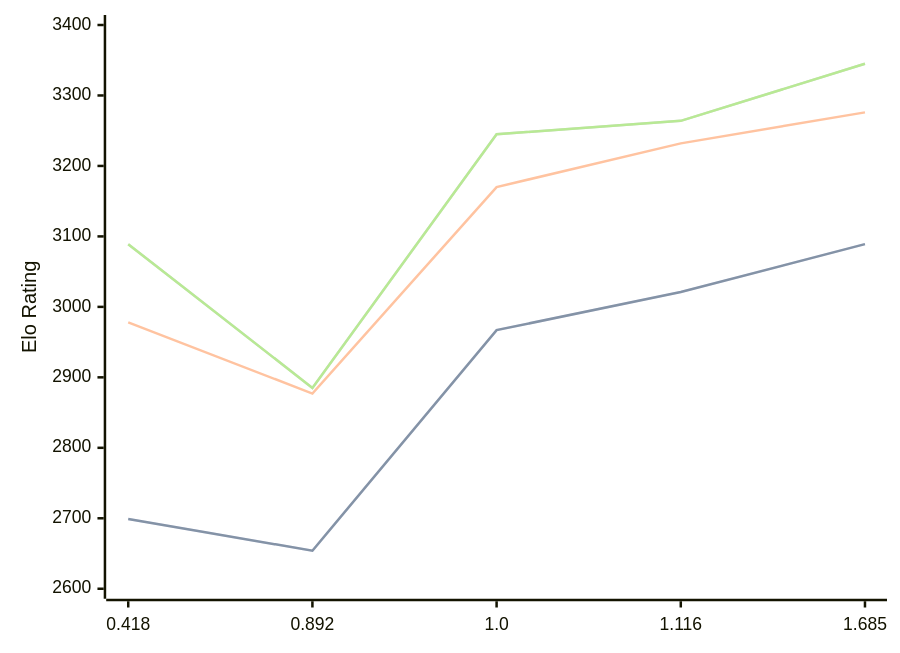
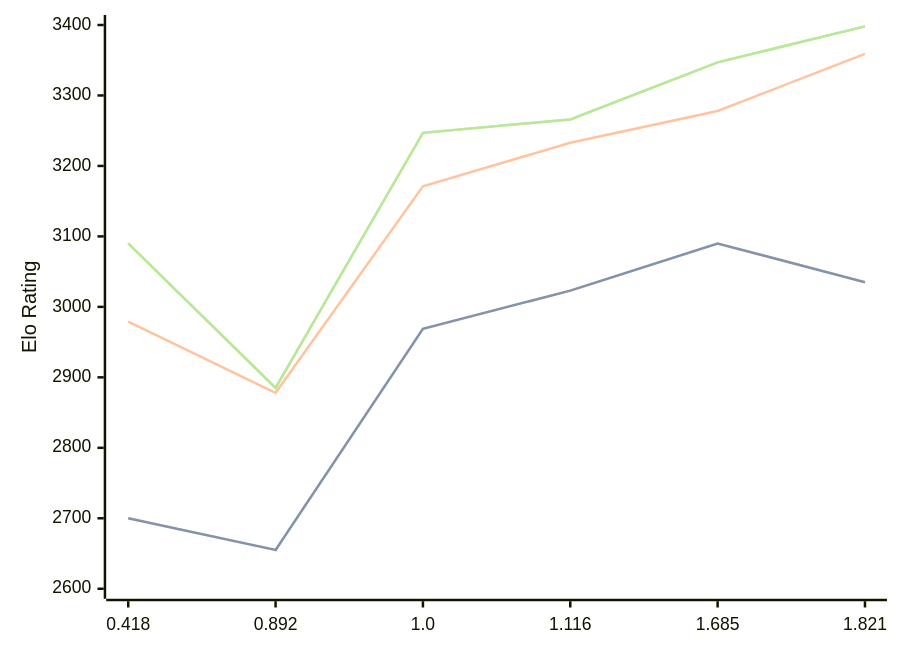
One commit to computer-chess-index/cci changed the diagram in engines/Malika.md. Above: the diagram before and after it, drawn with Mermaid. The commit also changed other lines of this file, not shown here.

Commit message:
Update CCI Ratings (ELO VLTC) - 2026-08-15

````diff
--- a/engines/Malika.md
+++ b/engines/Malika.md
@@ -35,11 +36,11 @@
 ```mermaid
 %%{init: {"theme":"base","themeVariables":{"seriesColors:['#a3a3a3','#222221','#faa371']}}}%%
 xychart-beta
-  x-axis ["0.418", "0.892", "1.0", "1.116", "1.685"]
+  x-axis ["0.418", "0.892", "1.0", "1.116", "1.685", "1.821"]
   y-axis "Elo Rating" 2600 --> 3400
-  line "STC (8.0+0.08s)" [2699, 2654, 2967, 3021, 3089]
-  line "STC (8.0+0.08s)" [2699, 2654, 2967, 3021, 3089]
-  line "LTC (60.0+0.60s)" [2978, 2877, 3170, 3232, 3276]
-  line "VLTC (2m24s+1.12s)" [3089, 2885, 3245, 3264, 3345]
-  line "VLTC (2m24s+1.12s)" [3089, 2885, 3245, 3264, 3345]
+  line "STC (8.0+0.08s)" [2700, 2655, 2969, 3023, 3090, 3035]
+  line "STC (8.0+0.08s)" [2700, 2655, 2969, 3023, 3090, 3035]
+  line "LTC (60.0+0.60s)" [2979, 2878, 3171, 3233, 3278, 3359]
+  line "VLTC (2m24s+1.12s)" [3090, 2885, 3247, 3266, 3347, 3398]
+  line "VLTC (2m24s+1.12s)" [3090, 2885, 3247, 3266, 3347, 3398]
 ```
````
